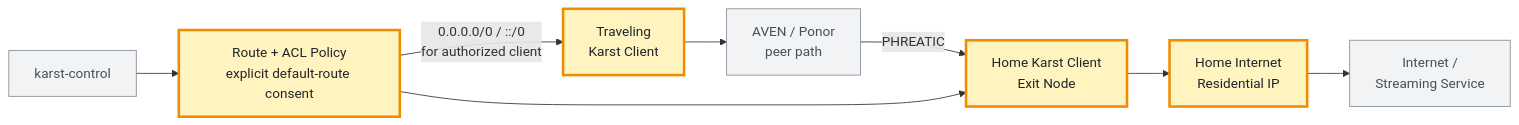
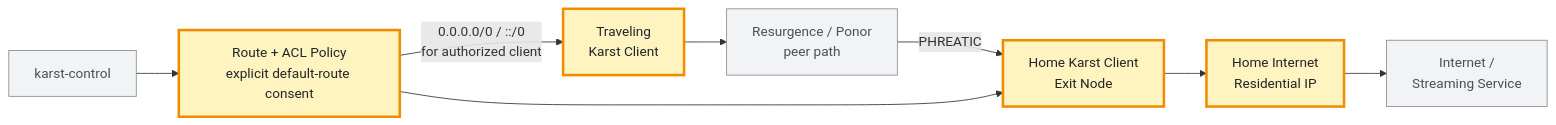
The second of 9 diagrams in docs/CUSTOMER-SCENARIOS.md (karst-net/karst), drawn with Mermaid before and after one commit. The commit also changed other lines of this file and 474 other files, not shown here.

First line of the commit message:
Rename AVEN/Relay/Gateway to Resurgence/Estavelle/Aven (ADR-0069) (#557)

````diff
--- a/docs/CUSTOMER-SCENARIOS.md
+++ b/docs/CUSTOMER-SCENARIOS.md
@@ -125,21 +125,21 @@
 ```mermaid
 flowchart LR
     Traveler["Traveling<br/>Karst Client"]
-    Path["AVEN / Ponor<br/>peer path"]
+    Path["Resurgence / Ponor<br/>peer path"]
     Exit["Home Karst Client<br/>Exit Node"]
     HomeWAN["Home Internet<br/>Residential IP"]
     Service["Internet /<br/>Streaming Service"]
     Control["karst-control"]
     Policy["Route + ACL Policy<br/>explicit default-route consent"]
 
     Traveler --> Path -->|"PHREATIC"| Exit
     Exit --> HomeWAN --> Service
     Control --> Policy
     Policy -->|"0.0.0.0/0 / ::/0<br/>for authorized client"| Traveler
     Policy --> Exit
 
     classDef focus fill:#fff3bf,stroke:#f08c00,stroke-width:3px,color:#212529;
     classDef context fill:#f1f3f5,stroke:#868e96,color:#495057;
     class Traveler,Exit,Policy,HomeWAN focus;
     class Path,Service,Control context;
 ```
````
